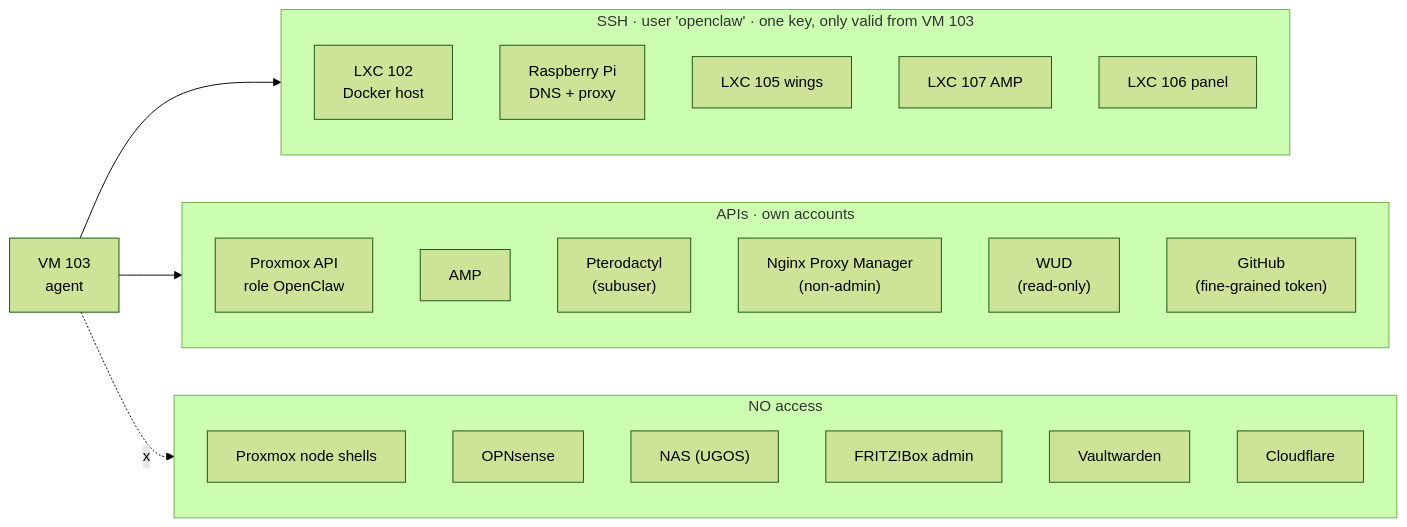
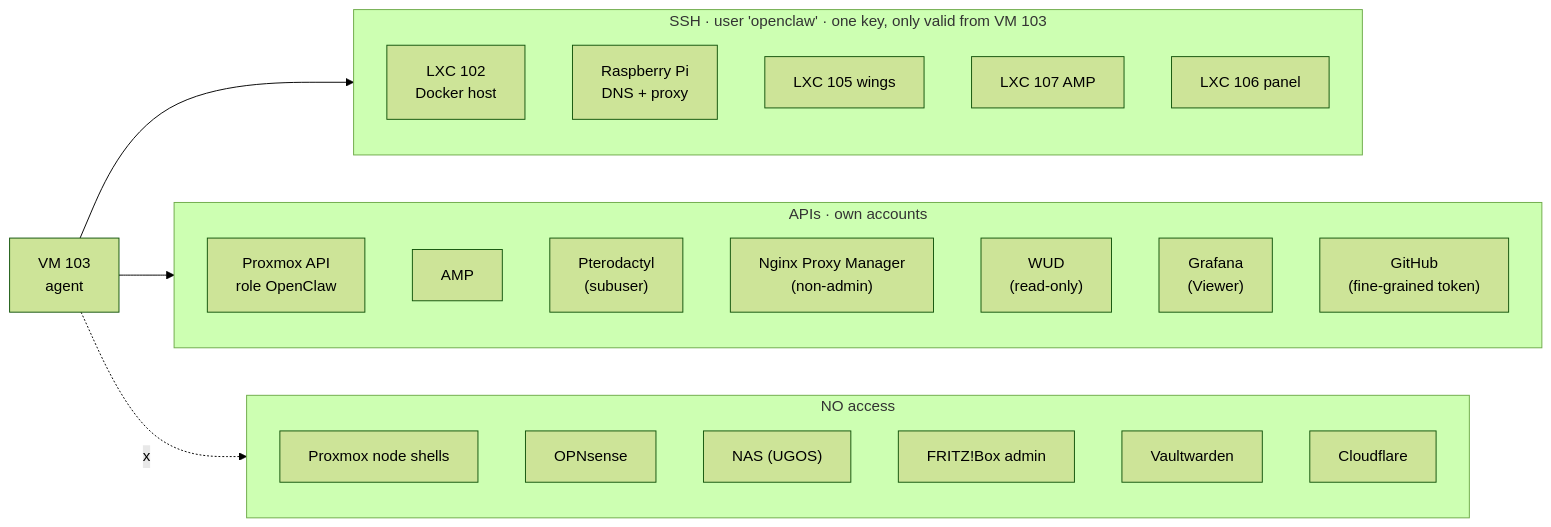
Before and after one commit to theMindDeveloper/Project-Homelab: the second of 4 diagrams in docs/26-ai-agent-devops.md, drawn with Mermaid (forest theme). The commit also changed other lines of this file and 4 other files, not shown here.

````diff
--- a/docs/26-ai-agent-devops.md
+++ b/docs/26-ai-agent-devops.md
@@ -73,30 +73,31 @@
 ```mermaid
 flowchart LR
     A["VM 103<br/>agent"]
     subgraph ssh["SSH · user 'openclaw' · one key, only valid from VM 103"]
         L102["LXC 102<br/>Docker host"]
         PI["Raspberry Pi<br/>DNS + proxy"]
         W["LXC 105 wings"]
         AMPH["LXC 107 AMP"]
         PNL["LXC 106 panel"]
     end
     subgraph api["APIs · own accounts"]
         PVE["Proxmox API<br/>role OpenClaw"]
         AMPA["AMP"]
         PT["Pterodactyl<br/>(subuser)"]
         NPM["Nginx Proxy Manager<br/>(non-admin)"]
         WUD["WUD<br/>(read-only)"]
+        GF["Grafana<br/>(Viewer)"]
         GH["GitHub<br/>(fine-grained token)"]
     end
     subgraph no["NO access"]
         N["Proxmox node shells"]
         O["OPNsense"]
         NAS["NAS (UGOS)"]
         FB["FRITZ!Box admin"]
         VW["Vaultwarden"]
         CF["Cloudflare"]
     end
     A --> ssh
     A --> api
     A -. "x" .-> no
 ```
````
